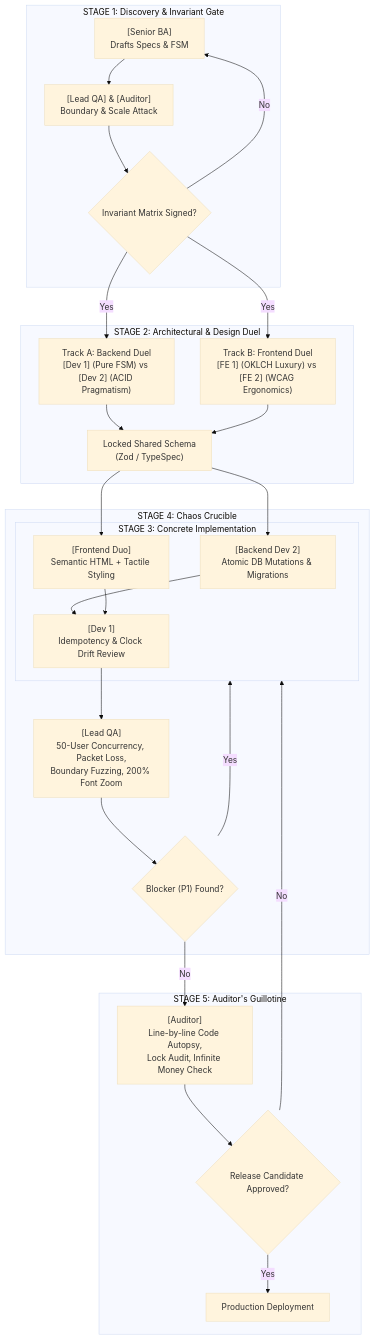
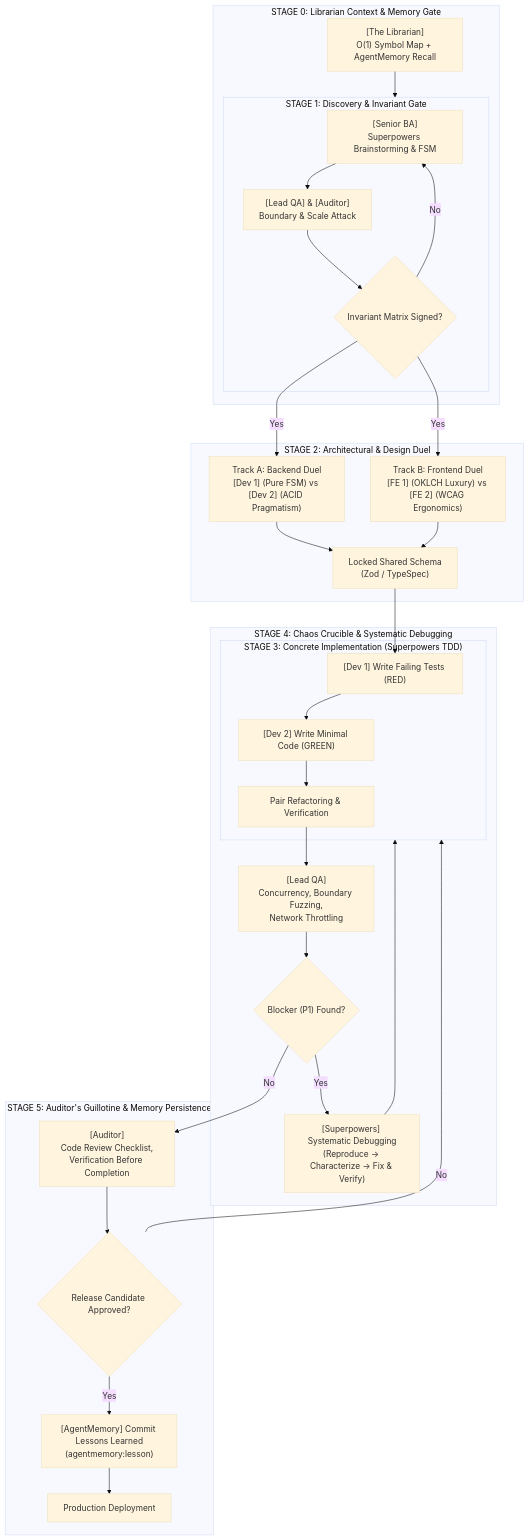
One commit to dorothydiaz/rms changed the diagram in .agents/skills/dev-team/references/07-adversarial-workflow-matrix.md. Above: the diagram before and after it, drawn with Mermaid (base theme). The commit also changed other lines of this file and 161 other files, not shown here.

Commit message:
feat: add new inventory stock-in view and integrate various agent tools, tests, and superpower plugins

````diff
--- a/.agents/skills/dev-team/references/07-adversarial-workflow-matrix.md
+++ b/.agents/skills/dev-team/references/07-adversarial-workflow-matrix.md
@@ -11,33 +11,39 @@
 ```mermaid
 flowchart TD
+    subgraph S0["STAGE 0: Librarian Context & Memory Gate"]
+        LIB["[The Librarian]<br>O(1) Symbol Map + AgentMemory Recall"] --> S1
+    end
+
     subgraph S1["STAGE 1: Discovery & Invariant Gate"]
-        BA["[Senior BA]<br>Drafts Specs & FSM"] --> QA_AUD["[Lead QA] & [Auditor]<br>Boundary & Scale Attack"]
+        BA["[Senior BA]<br>Superpowers Brainstorming & FSM"] --> QA_AUD["[Lead QA] & [Auditor]<br>Boundary & Scale Attack"]
         QA_AUD --> G1{"Invariant Matrix Signed?"}
         G1 -- No --> BA
     end
 
     subgraph S2["STAGE 2: Architectural & Design Duel"]
         G1 -- Yes --> B_DUEL["Track A: Backend Duel<br>[Dev 1] (Pure FSM) vs [Dev 2] (ACID Pragmatism)"]
         G1 -- Yes --> F_DUEL["Track B: Frontend Duel<br>[FE 1] (OKLCH Luxury) vs [FE 2] (WCAG Ergonomics)"]
         B_DUEL & F_DUEL --> CONTRACT["Locked Shared Schema<br>(Zod / TypeSpec)"]
     end
 
-    subgraph S3["STAGE 3: Concrete Implementation"]
-        CONTRACT --> PAIR_BE["[Backend Dev 2]<br>Atomic DB Mutations & Migrations"]
-        CONTRACT --> PAIR_FE["[Frontend Duo]<br>Semantic HTML + Tactile Styling"]
-        PAIR_BE & PAIR_FE --> DEV1_REV["[Dev 1]<br>Idempotency & Clock Drift Review"]
+    subgraph S3["STAGE 3: Concrete Implementation (Superpowers TDD)"]
+        CONTRACT --> TDD_RED["[Dev 1] Write Failing Tests (RED)"]
+        TDD_RED --> TDD_GREEN["[Dev 2] Write Minimal Code (GREEN)"]
+        TDD_GREEN --> TDD_REF["Pair Refactoring & Verification"]
     end
 
-    subgraph S4["STAGE 4: Chaos Crucible"]
-        DEV1_REV --> CHAOS["[Lead QA]<br>50-User Concurrency, Packet Loss,<br>Boundary Fuzzing, 200% Font Zoom"]
+    subgraph S4["STAGE 4: Chaos Crucible & Systematic Debugging"]
+        TDD_REF --> CHAOS["[Lead QA]<br>Concurrency, Boundary Fuzzing,<br>Network Throttling"]
         CHAOS --> BUGS{"Blocker (P1) Found?"}
-        BUGS -- Yes --> S3
+        BUGS -- Yes --> SYS_DEBUG["[Superpowers] Systematic Debugging<br>(Reproduce -> Characterize -> Fix & Verify)"]
+        SYS_DEBUG --> S3
     end
 
-    subgraph S5["STAGE 5: Auditor's Guillotine"]
-        BUGS -- No --> AUDIT["[Auditor]<br>Line-by-line Code Autopsy,<br>Lock Audit, Infinite Money Check"]
+    subgraph S5["STAGE 5: Auditor's Guillotine & Memory Persistence"]
+        BUGS -- No --> AUDIT["[Auditor]<br>Code Review Checklist,<br>Verification Before Completion"]
         AUDIT --> PASS{"Release Candidate Approved?"}
         PASS -- No --> S3
-        PASS -- Yes --> SHIP["Production Deployment"]
+        PASS -- Yes --> MEM_SAVE["[AgentMemory] Commit Lessons Learned<br>(agentmemory:lesson)"]
+        MEM_SAVE --> SHIP["Production Deployment"]
     end
 ```
````
